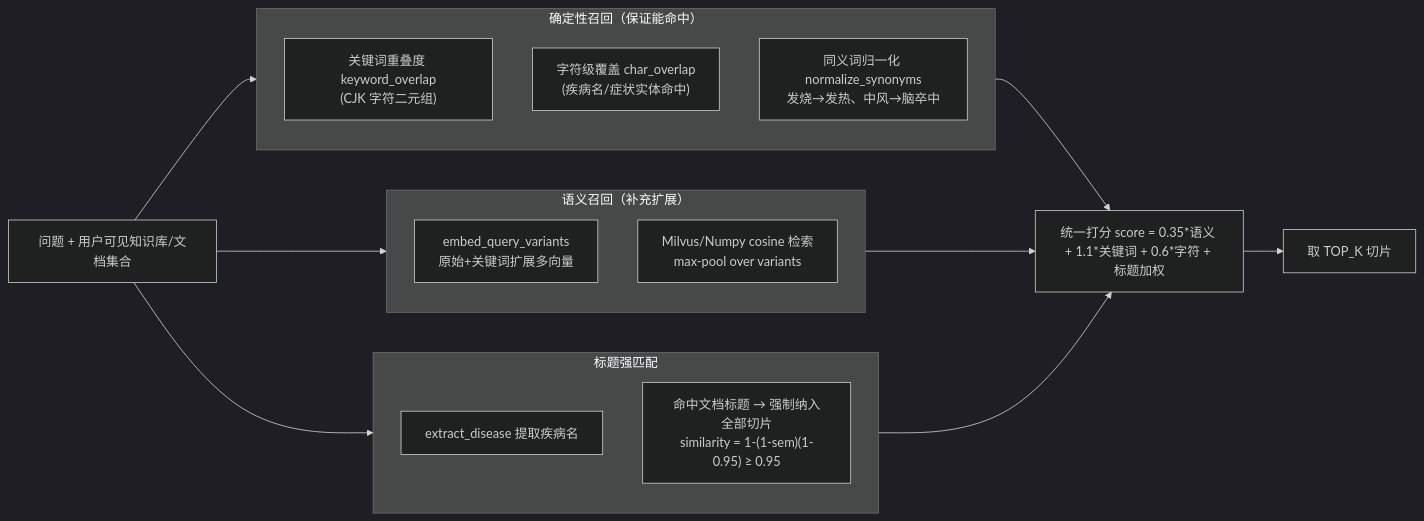
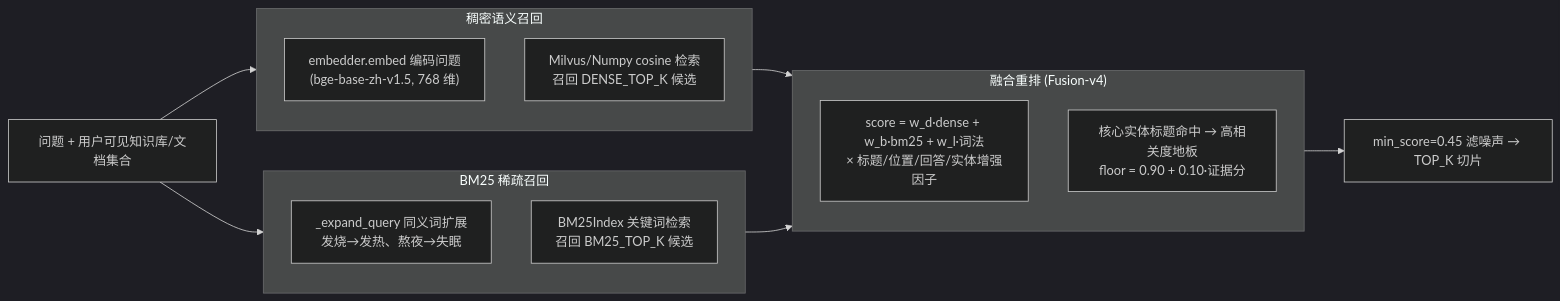
Before and after one commit to SFANBLOG/medical-assistant-master: the fourth of 9 diagrams in 面试准备/项目架构图与流程图.md, drawn with Mermaid (dark theme). The commit also changed other lines of this file and 3 other files, not shown here.

````diff
--- a/面试准备/项目架构图与流程图.md
+++ b/面试准备/项目架构图与流程图.md
@@ -179,22 +178,20 @@
 ```mermaid
 flowchart LR
     Q["问题 + 用户可见知识库/文档集合"]
-    subgraph Route1["确定性召回（保证能命中）"]
-        A1["关键词重叠度 keyword_overlap<br/>(CJK 字符二元组)"]
-        A2["字符级覆盖 char_overlap<br/>(疾病名/症状实体命中)"]
-        A3["同义词归一化 normalize_synonyms<br/>发烧→发热、中风→脑卒中"]
+    subgraph Route1["稠密语义召回"]
+        A1["embedder.embed 编码问题<br/>(bge-base-zh-v1.5, 768 维)"]
+        A2["Milvus/Numpy cosine 检索<br/>召回 DENSE_TOP_K 候选"]
     end
-    subgraph Route2["语义召回（补充扩展）"]
-        B1["embed_query_variants<br/>原始+关键词扩展多向量"]
-        B2["Milvus/Numpy cosine 检索<br/>max-pool over variants"]
+    subgraph Route2["BM25 稀疏召回"]
+        B1["_expand_query 同义词扩展<br/>发烧→发热、熬夜→失眠"]
+        B2["BM25Index 关键词检索<br/>召回 BM25_TOP_K 候选"]
     end
-    subgraph Route3["标题强匹配"]
-        C1["extract_disease 提取疾病名"]
-        C2["命中文档标题 → 强制纳入全部切片<br/>similarity = 1-(1-sem)(1-0.95) ≥ 0.95"]
+    subgraph Route3["融合重排 (Fusion-v4)"]
+        C1["score = w_d·dense + w_b·bm25 + w_l·词法<br/>× 标题/位置/回答/实体增强因子"]
+        C2["核心实体标题命中 → 高相关度地板<br/>floor = 0.90 + 0.10·证据分"]
     end
-    Q --> Route1 & Route2 & Route3
-    Route1 --> Score["统一打分 score = 0.35*语义 + 1.1*关键词 + 0.6*字符 + 标题加权"]
-    Route2 --> Score
-    Route3 --> Score
-    Score --> TopK["取 TOP_K 切片"]
+    Q --> Route1 & Route2
+    Route1 --> Route3
+    Route2 --> Route3
+    Route3 --> TopK["min_score=0.45 滤噪声 → TOP_K 切片"]
 ```
````
